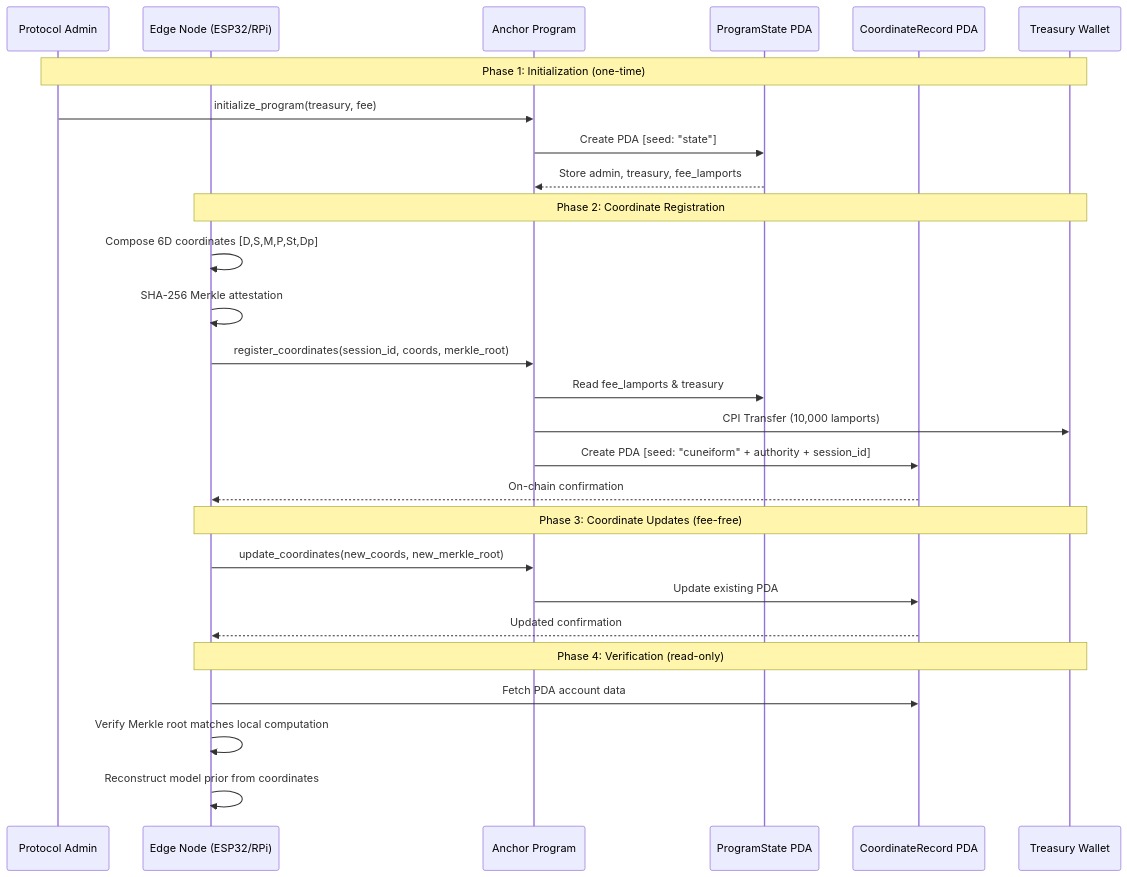
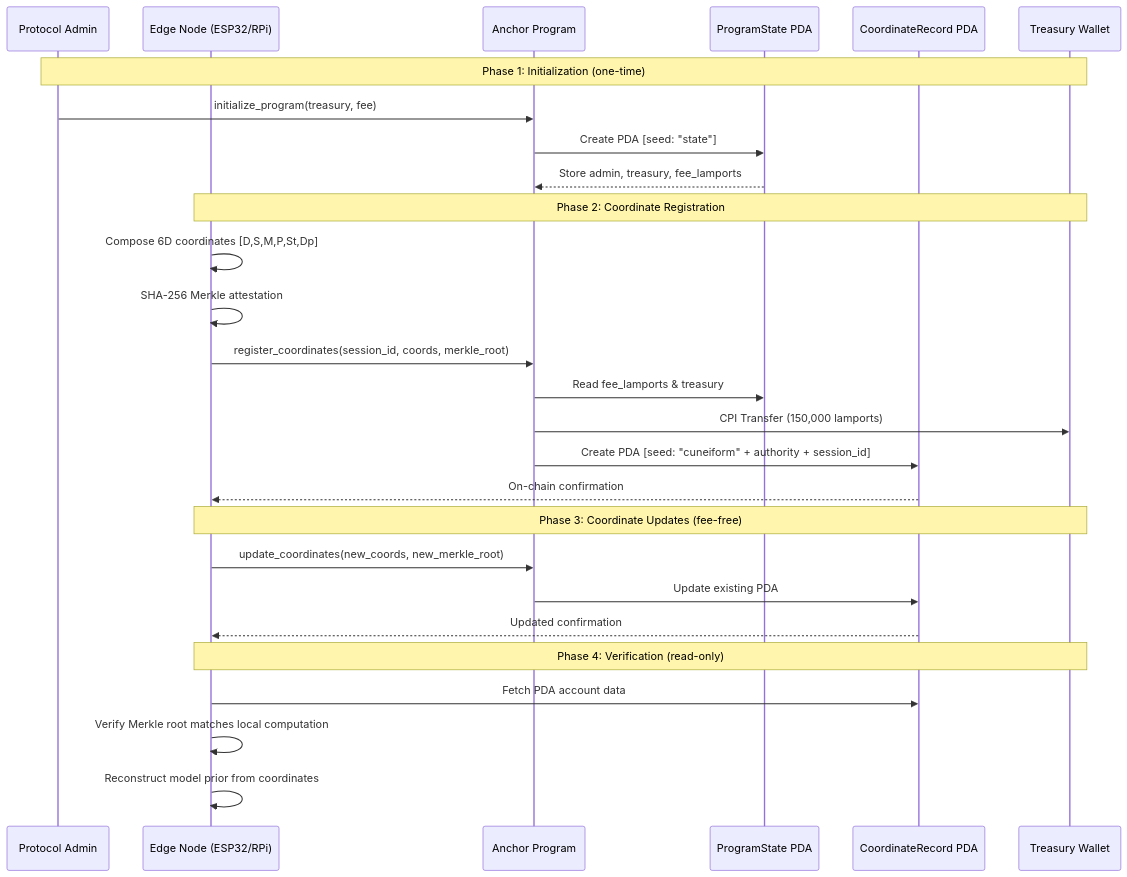
The diagram in crates/zymatica-language-u/current milestones achieved/ARCHITECTURE.md (DannyB-bit/zymatica-kernel), drawn with Mermaid before and after one commit. The commit also changed other lines of this file and 33 other files, not shown here.

````diff
--- a/crates/zymatica-language-u/current milestones achieved/ARCHITECTURE.md
+++ b/crates/zymatica-language-u/current milestones achieved/ARCHITECTURE.md
@@ -9,33 +9,33 @@
 ```mermaid
 sequenceDiagram
     participant Admin as Protocol Admin
     participant Node as Edge Node (ESP32/RPi)
     participant Program as Anchor Program
     participant State as ProgramState PDA
     participant Record as CoordinateRecord PDA
     participant Treasury as Treasury Wallet
 
     Note over Admin,Treasury: Phase 1: Initialization (one-time)
     Admin->>Program: initialize_program(treasury, fee)
     Program->>State: Create PDA [seed: "state"]
     State-->>Program: Store admin, treasury, fee_lamports
 
     Note over Node,Treasury: Phase 2: Coordinate Registration
     Node->>Node: Compose 6D coordinates [D,S,M,P,St,Dp]
     Node->>Node: SHA-256 Merkle attestation
     Node->>Program: register_coordinates(session_id, coords, merkle_root)
     Program->>State: Read fee_lamports & treasury
-    Program->>Treasury: CPI Transfer (10,000 lamports)
+    Program->>Treasury: CPI Transfer (150,000 lamports)
     Program->>Record: Create PDA [seed: "cuneiform" + authority + session_id]
     Record-->>Node: On-chain confirmation
 
     Note over Node,Treasury: Phase 3: Coordinate Updates (fee-free)
     Node->>Program: update_coordinates(new_coords, new_merkle_root)
     Program->>Record: Update existing PDA
     Record-->>Node: Updated confirmation
 
     Note over Node,Treasury: Phase 4: Verification (read-only)
     Node->>Record: Fetch PDA account data
     Node->>Node: Verify Merkle root matches local computation
     Node->>Node: Reconstruct model prior from coordinates
 ```
````
